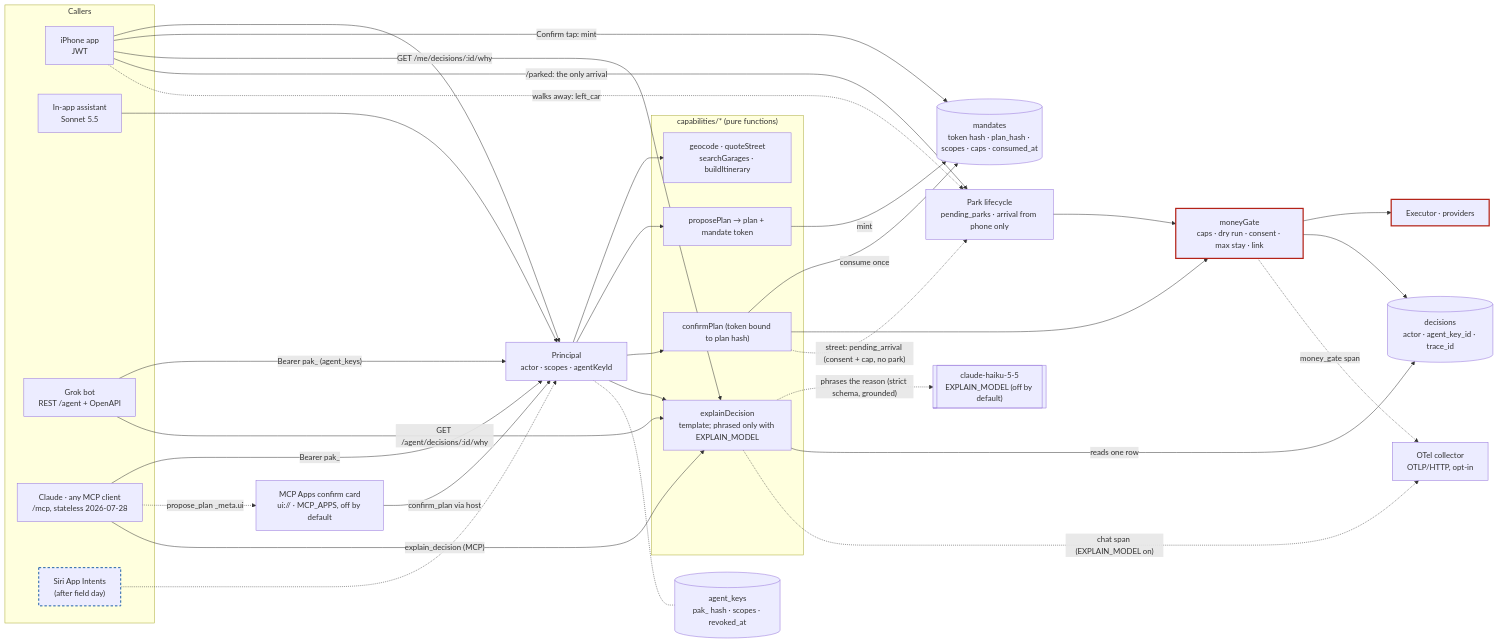
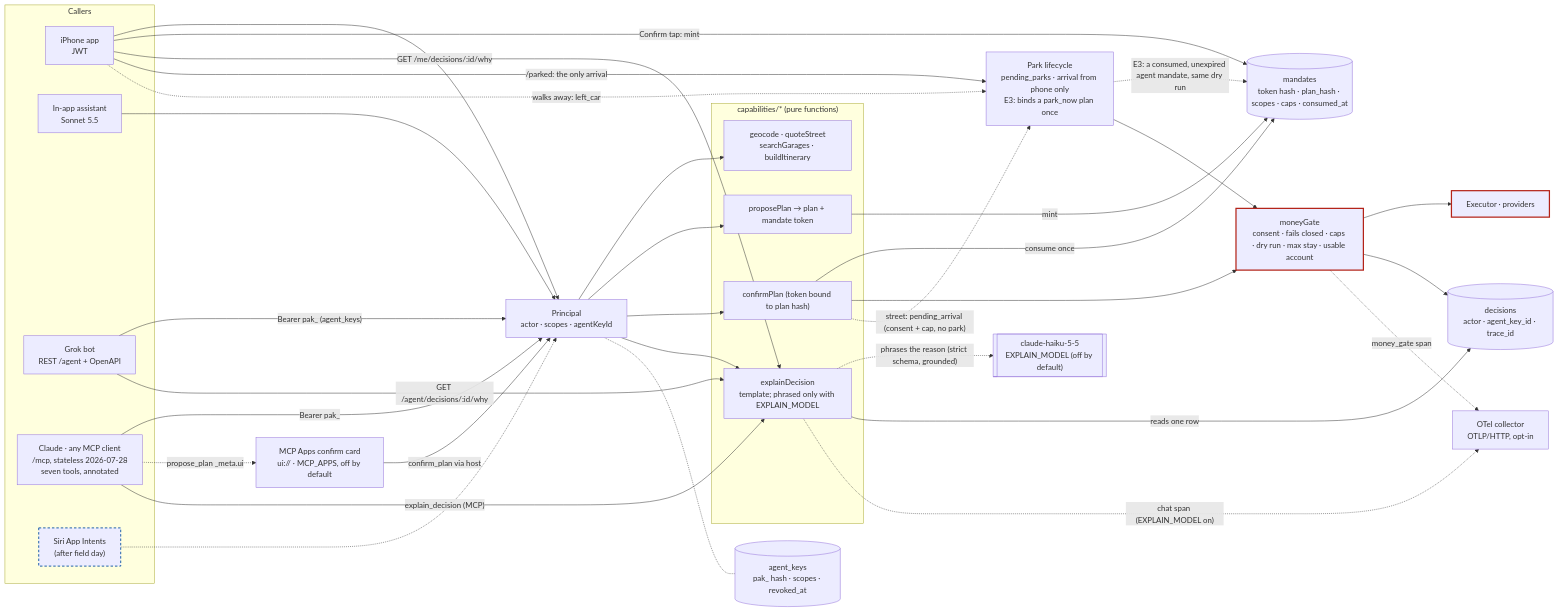
Before and after one commit to thomasbardhi01/parkagent: the third of 4 diagrams in docs/architecture.md, drawn with Mermaid. The commit also changed other lines of this file and 4 other files, not shown here.

````diff
--- a/docs/architecture.md
+++ b/docs/architecture.md
@@ -137,62 +149,63 @@
 ```mermaid
 flowchart LR
   subgraph Callers
     APP["iPhone app<br/>JWT"]
     LOOP["In-app assistant<br/>Sonnet 5.5"]
     GROK["Grok bot<br/>REST /agent + OpenAPI"]
-    CL["Claude · any MCP client<br/>/mcp, stateless 2026-07-28"]
+    CL["Claude · any MCP client<br/>/mcp, stateless 2026-07-28<br/>seven tools, annotated"]
     SIRI["Siri App Intents<br/>(after field day)"]
   end
 
   P["Principal<br/>actor · scopes · agentKeyId"]
 
   subgraph Cap["capabilities/* (pure functions)"]
     C1["geocode · quoteStreet<br/>searchGarages · buildItinerary"]
     C2["proposePlan → plan + mandate token"]
     C3["confirmPlan (token bound to plan hash)"]
     C4["explainDecision<br/>template; phrased only with EXPLAIN_MODEL"]
   end
 
-  GATE["moneyGate<br/>caps · dry run · consent · max stay · link"]
-  LIFE["Park lifecycle<br/>pending_parks · arrival from phone only"]
+  GATE["moneyGate<br/>consent · fails closed · caps · dry run · max stay · usable account"]
+  LIFE["Park lifecycle<br/>pending_parks · arrival from phone only<br/>E3: binds a park_now plan once"]
   EXE["Executor · providers"]
   OT["OTel collector<br/>OTLP/HTTP, opt-in"]
   DEC[("decisions<br/>actor · agent_key_id · trace_id")]
   KEYS[("agent_keys<br/>pak_ hash · scopes · revoked_at")]
   MAND[("mandates<br/>token hash · plan_hash · scopes · caps · consumed_at")]
   CARD["MCP Apps confirm card<br/>ui:// · MCP_APPS, off by default"]
 
   APP --> P
   LOOP --> P
   GROK -- "Bearer pak_ (agent_keys)" --> P
   CL -- "Bearer pak_" --> P
   CL -. "propose_plan _meta.ui" .-> CARD
   CARD -- "confirm_plan via host" --> P
   SIRI -.-> P
   P --> C1 & C2 & C3
   P --> C4
   P -.- KEYS
   C2 -- "mint" --> MAND
   C3 -- "consume once" --> MAND
   APP -- "Confirm tap: mint" --> MAND
   HAIKU[["claude-haiku-5-5<br/>EXPLAIN_MODEL (off by default)"]]
   C4 -. "phrases the reason (strict schema, grounded)" .-> HAIKU
   C4 -- "reads one row" --> DEC
   GROK -- "GET /agent/decisions/:id/why" --> C4
   CL -- "explain_decision (MCP)" --> C4
   APP -- "GET /me/decisions/:id/why" --> C4
   C3 --> GATE
   C3 -. "street: pending_arrival (consent + cap, no park)" .-> LIFE
   APP -- "/parked: the only arrival" --> LIFE
+  LIFE -. "E3: a consumed, unexpired agent mandate, same dry run" .-> MAND
   LIFE --> GATE
   GATE --> EXE
   GATE --> DEC
   GATE -. "money_gate span" .-> OT
   C4 -. "chat span (EXPLAIN_MODEL on)" .-> OT
   APP -. "walks away: left_car" .-> LIFE
 
   classDef money stroke:#b42318,stroke-width:2.5px
   classDef planned stroke:#1d5fa8,stroke-width:2px,stroke-dasharray:5 4
   class GATE,EXE money
   class SIRI planned
 ```
````
